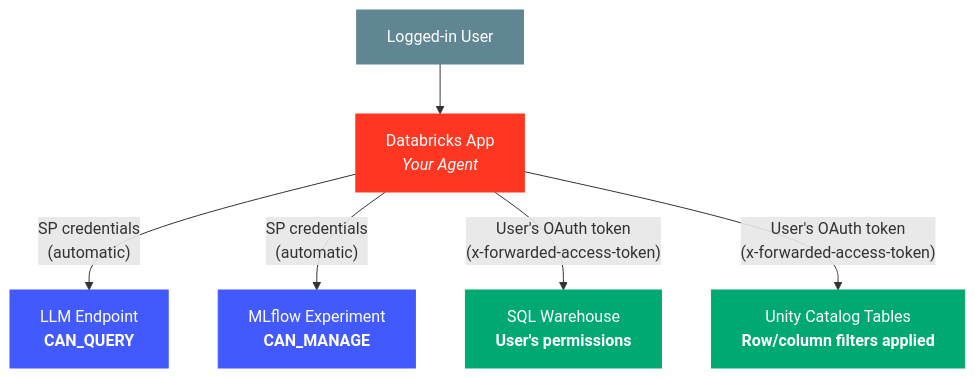
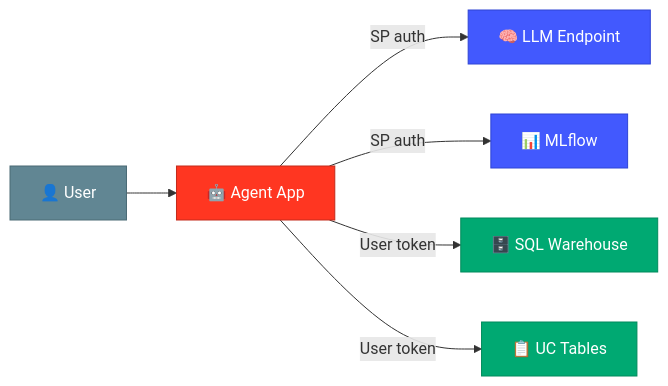
One commit to natefleming/agents-on-apps-workshop changed the third of 4 diagrams in 01-introduction/README.md. Above: the diagram before and after it, drawn with Mermaid. The commit also changed other lines of this file, not shown here.

First line of the commit message:
Simplify Mermaid diagrams for cleaner GitHub rendering

````diff
--- a/01-introduction/README.md
+++ b/01-introduction/README.md
@@ -307,16 +288,15 @@
 ```mermaid
-graph TB
-    USER["Logged-in User"] --> APP["Databricks App<br/><i>Your Agent</i>"]
+graph LR
+    USER["👤 User"] --> APP["🤖 Agent App"]
+    APP -- "SP auth" --> LLM["🧠 LLM Endpoint"]
+    APP -- "SP auth" --> MLF["📊 MLflow"]
+    APP -- "User token" --> SQL["🗄️ SQL Warehouse"]
+    APP -- "User token" --> UC["📋 UC Tables"]
 
-    APP -->|"SP credentials<br/>(automatic)"| LLM["LLM Endpoint<br/><b>CAN_QUERY</b>"]
-    APP -->|"SP credentials<br/>(automatic)"| MLF["MLflow Experiment<br/><b>CAN_MANAGE</b>"]
-    APP -->|"User's OAuth token<br/>(x-forwarded-access-token)"| SQL["SQL Warehouse<br/><b>User's permissions</b>"]
-    APP -->|"User's OAuth token<br/>(x-forwarded-access-token)"| UC["Unity Catalog Tables<br/><b>Row/column filters applied</b>"]
-
-    style USER fill:#618693,stroke:#618693,color:#fff
-    style APP fill:#FF3621,stroke:#FF3621,color:#fff
-    style LLM fill:#4259FE,stroke:#4259FE,color:#fff
-    style MLF fill:#4259FE,stroke:#4259FE,color:#fff
-    style SQL fill:#00A972,stroke:#00A972,color:#fff
-    style UC fill:#00A972,stroke:#00A972,color:#fff
+    style USER fill:#618693,stroke:#4a6a75,color:#fff
+    style APP fill:#FF3621,stroke:#c42a1a,color:#fff
+    style LLM fill:#4259FE,stroke:#2f44d4,color:#fff
+    style MLF fill:#4259FE,stroke:#2f44d4,color:#fff
+    style SQL fill:#00A972,stroke:#008a5c,color:#fff
+    style UC fill:#00A972,stroke:#008a5c,color:#fff
 ```
````
